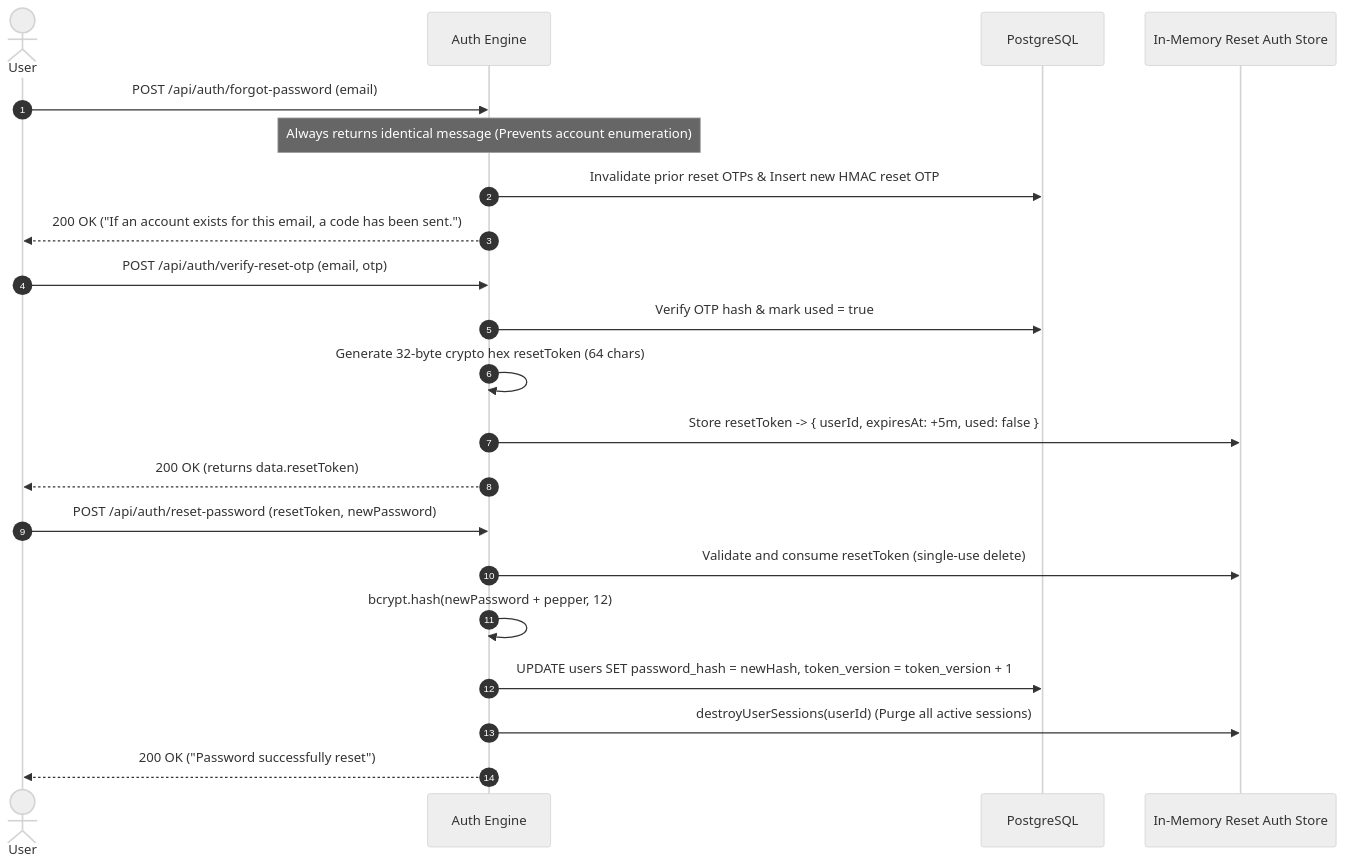
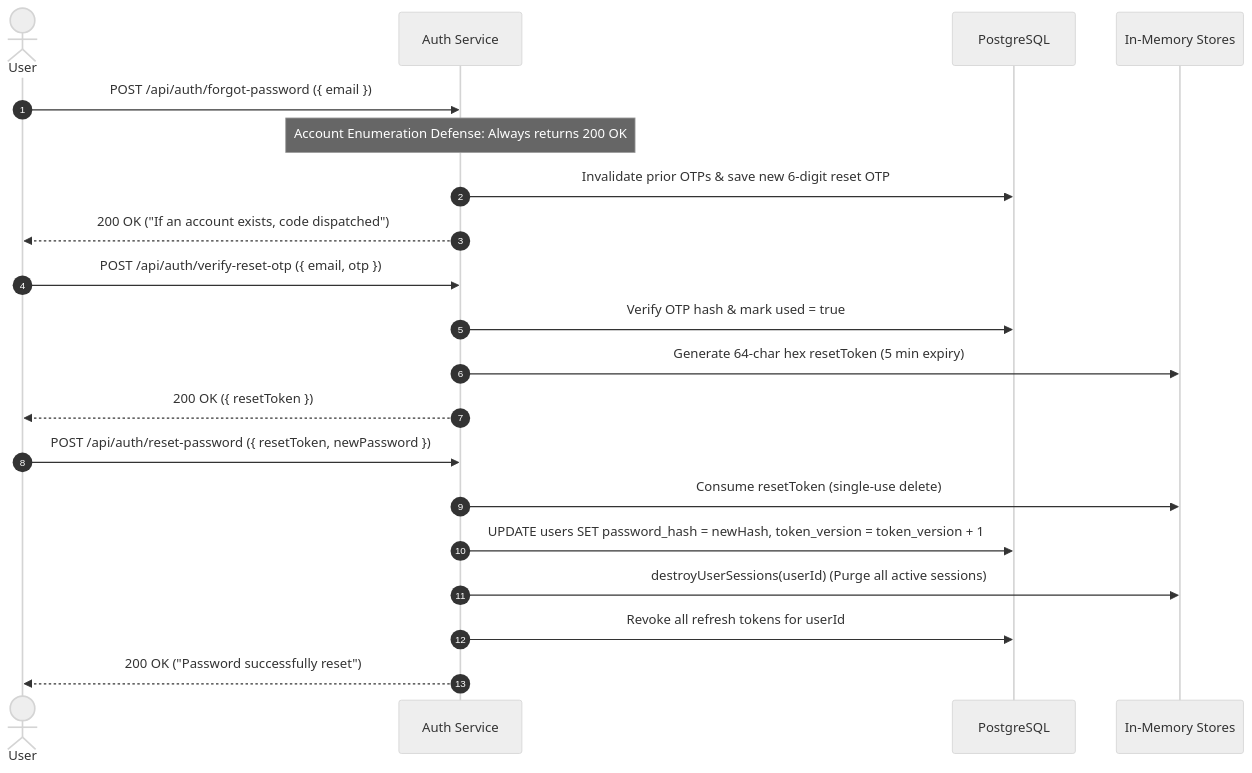
One commit to Dhrumil-Kharadi/Urban_Furniture changed the eighth of 9 diagrams in Doc/auth.md. Above: the diagram before and after it, drawn with Mermaid (neutral theme). The commit also changed other lines of this file and 4 other files, not shown here.

````diff
--- a/Doc/auth.md
+++ b/Doc/auth.md
@@ -211,26 +309,25 @@
 ```mermaid
 sequenceDiagram
     autonumber
     actor User
-    participant Server as Auth Engine
+    participant API as Auth Service
     participant DB as PostgreSQL
-    participant Memory as In-Memory Reset Auth Store
+    participant Store as In-Memory Stores
 
-    User->>Server: POST /api/auth/forgot-password (email)
-    Note over Server: Always returns identical message (Prevents account enumeration)
-    Server->>DB: Invalidate prior reset OTPs & Insert new HMAC reset OTP
-    Server-->>User: 200 OK ("If an account exists for this email, a code has been sent.")
+    User->>API: POST /api/auth/forgot-password ({ email })
+    Note over API: Account Enumeration Defense: Always returns 200 OK
+    API->>DB: Invalidate prior OTPs & save new 6-digit reset OTP
+    API-->>User: 200 OK ("If an account exists, code dispatched")
 
-    User->>Server: POST /api/auth/verify-reset-otp (email, otp)
-    Server->>DB: Verify OTP hash & mark used = true
-    Server->>Server: Generate 32-byte crypto hex resetToken (64 chars)
-    Server->>Memory: Store resetToken -> { userId, expiresAt: +5m, used: false }
-    Server-->>User: 200 OK (returns data.resetToken)
+    User->>API: POST /api/auth/verify-reset-otp ({ email, otp })
+    API->>DB: Verify OTP hash & mark used = true
+    API->>Store: Generate 64-char hex resetToken (5 min expiry)
+    API-->>User: 200 OK ({ resetToken })
 
-    User->>Server: POST /api/auth/reset-password (resetToken, newPassword)
-    Server->>Memory: Validate and consume resetToken (single-use delete)
-    Server->>Server: bcrypt.hash(newPassword + pepper, 12)
-    Server->>DB: UPDATE users SET password_hash = newHash, token_version = token_version + 1
-    Server->>Memory: destroyUserSessions(userId) (Purge all active sessions)
-    Server-->>User: 200 OK ("Password successfully reset")
+    User->>API: POST /api/auth/reset-password ({ resetToken, newPassword })
+    API->>Store: Consume resetToken (single-use delete)
+    API->>DB: UPDATE users SET password_hash = newHash, token_version = token_version + 1
+    API->>Store: destroyUserSessions(userId) (Purge all active sessions)
+    API->>DB: Revoke all refresh tokens for userId
+    API-->>User: 200 OK ("Password successfully reset")
 ```
````
